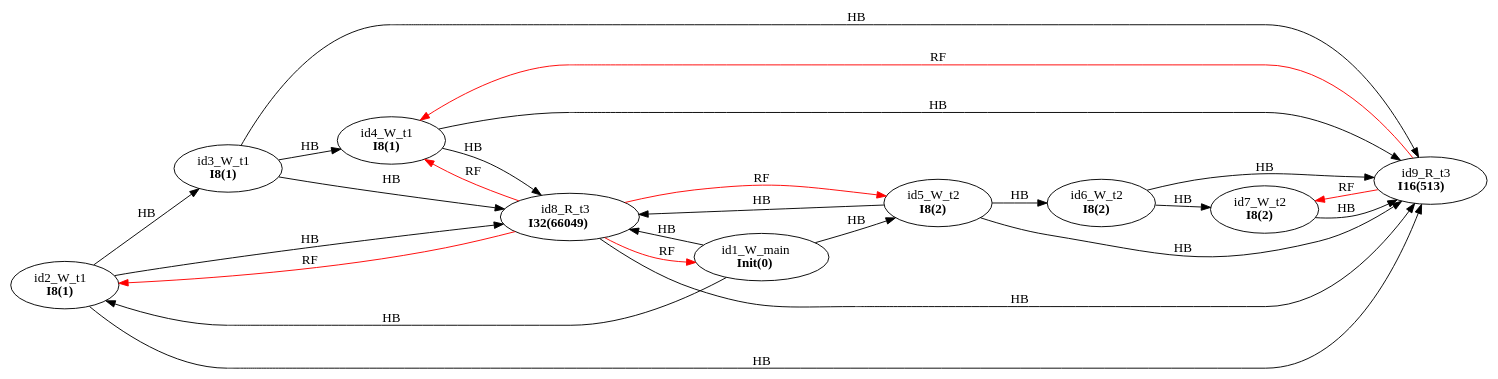
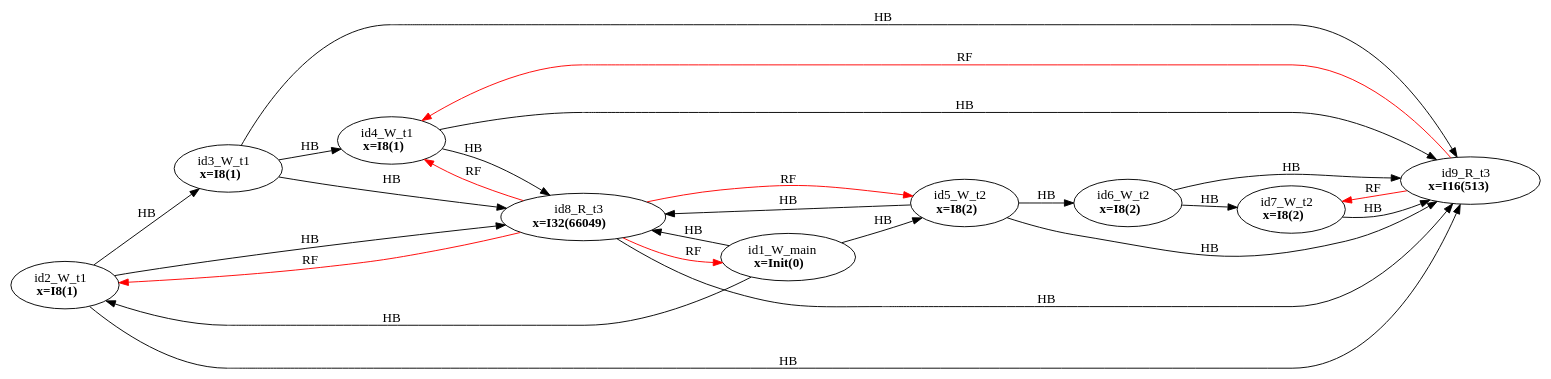
The diagram in examples/single_var/sv_simple19/mm32.dot (FMJS/EMME), drawn with Graphviz before and after one commit. The commit also changed 257 other files, not shown here.

```diff
--- a/examples/single_var/sv_simple19/mm32.dot
+++ b/examples/single_var/sv_simple19/mm32.dot
@@ -1,37 +1,37 @@
 digraph memory_model {
 rankdir=LR;
 splines=true; esep=0.5;
 id2_W_t1 -> id3_W_t1 [label = "HB", color="black"];
 id3_W_t1 -> id4_W_t1 [label = "HB", color="black"];
 id5_W_t2 -> id6_W_t2 [label = "HB", color="black"];
 id6_W_t2 -> id7_W_t2 [label = "HB", color="black"];
 id8_R_t3 -> id9_R_t3 [label = "HB", color="black"];
 id1_W_main -> id2_W_t1 [label = "HB", color="black"];
 id1_W_main -> id5_W_t2 [label = "HB", color="black"];
 id1_W_main -> id8_R_t3 [label = "HB", color="black"];
 id2_W_t1 -> id8_R_t3 [label = "HB", color="black"];
 id2_W_t1 -> id9_R_t3 [label = "HB", color="black"];
 id3_W_t1 -> id8_R_t3 [label = "HB", color="black"];
 id3_W_t1 -> id9_R_t3 [label = "HB", color="black"];
 id4_W_t1 -> id8_R_t3 [label = "HB", color="black"];
 id4_W_t1 -> id9_R_t3 [label = "HB", color="black"];
 id5_W_t2 -> id8_R_t3 [label = "HB", color="black"];
 id5_W_t2 -> id9_R_t3 [label = "HB", color="black"];
 id6_W_t2 -> id9_R_t3 [label = "HB", color="black"];
 id7_W_t2 -> id9_R_t3 [label = "HB", color="black"];
 id8_R_t3 -> id1_W_main [label = "RF", color="red"];
 id8_R_t3 -> id2_W_t1 [label = "RF", color="red"];
 id8_R_t3 -> id4_W_t1 [label = "RF", color="red"];
 id8_R_t3 -> id5_W_t2 [label = "RF", color="red"];
 id9_R_t3 -> id4_W_t1 [label = "RF", color="red"];
 id9_R_t3 -> id7_W_t2 [label = "RF", color="red"];
-id1_W_main [label=<id1_W_main<br/><B>Init(0)</B>>, pos="5.0,6!"]
-id2_W_t1 [label=<id2_W_t1<br/><B>I8(1)</B>>, pos="0,4!"]
-id3_W_t1 [label=<id3_W_t1<br/><B>I8(1)</B>>, pos="0,2!"]
-id4_W_t1 [label=<id4_W_t1<br/><B>I8(1)</B>>, pos="0,0!"]
-id5_W_t2 [label=<id5_W_t2<br/><B>I8(2)</B>>, pos="5,4!"]
-id6_W_t2 [label=<id6_W_t2<br/><B>I8(2)</B>>, pos="5,2!"]
-id7_W_t2 [label=<id7_W_t2<br/><B>I8(2)</B>>, pos="5,0!"]
-id8_R_t3 [label=<id8_R_t3<br/><B>I32(66049)</B>>, pos="10,4!"]
-id9_R_t3 [label=<id9_R_t3<br/><B>I16(513)</B>>, pos="10,2!"]
+id1_W_main [label=<id1_W_main<br/><B>x=Init(0)</B>>, pos="5.0,6!"]
+id2_W_t1 [label=<id2_W_t1<br/><B>x=I8(1)</B>>, pos="0,4!"]
+id3_W_t1 [label=<id3_W_t1<br/><B>x=I8(1)</B>>, pos="0,2!"]
+id4_W_t1 [label=<id4_W_t1<br/><B>x=I8(1)</B>>, pos="0,0!"]
+id5_W_t2 [label=<id5_W_t2<br/><B>x=I8(2)</B>>, pos="5,4!"]
+id6_W_t2 [label=<id6_W_t2<br/><B>x=I8(2)</B>>, pos="5,2!"]
+id7_W_t2 [label=<id7_W_t2<br/><B>x=I8(2)</B>>, pos="5,0!"]
+id8_R_t3 [label=<id8_R_t3<br/><B>x=I32(66049)</B>>, pos="10,4!"]
+id9_R_t3 [label=<id9_R_t3<br/><B>x=I16(513)</B>>, pos="10,2!"]
 }
```
